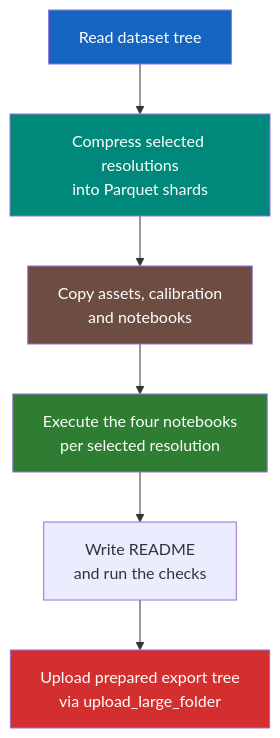
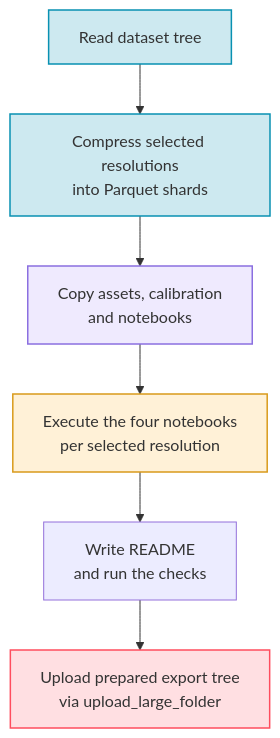
Before and after one commit to ThalesGroup/passage: the diagram in docs/guide/export.md, drawn with Mermaid. The commit also changed 10 other files, not shown here.

First line of the commit message:
Docs: alpine dusk palette, zoomable Mermaid diagrams in site colours

````diff
--- a/docs/guide/export.md
+++ b/docs/guide/export.md
@@ -176,14 +176,14 @@
 ```mermaid
 flowchart TD
     A[Read dataset tree] --> B[Compress selected resolutions<br>into Parquet shards]
     B --> C[Copy assets, calibration<br>and notebooks]
     C --> D[Execute the four notebooks<br>per selected resolution]
     D --> E[Write README<br>and run the checks]
     E --> F[Upload prepared export tree<br>via upload_large_folder]
 
-    style A fill:#1565C0,color:#fff
-    style B fill:#00897B,color:#fff
-    style C fill:#6D4C41,color:#fff
-    style D fill:#2E7D32,color:#fff
-    style F fill:#D32F2F,color:#fff
+    style A fill:#0891b233,stroke:#0891b2,stroke-width:1.5px
+    style B fill:#0891b233,stroke:#0891b2,stroke-width:1.5px
+    style C fill:#a78bfa2e,stroke:#8b6fe0,stroke-width:1.5px
+    style D fill:#ffb93833,stroke:#d99a1b,stroke-width:1.5px
+    style F fill:#ff4d5e2e,stroke:#ff4d5e,stroke-width:1.5px
 ```
````
